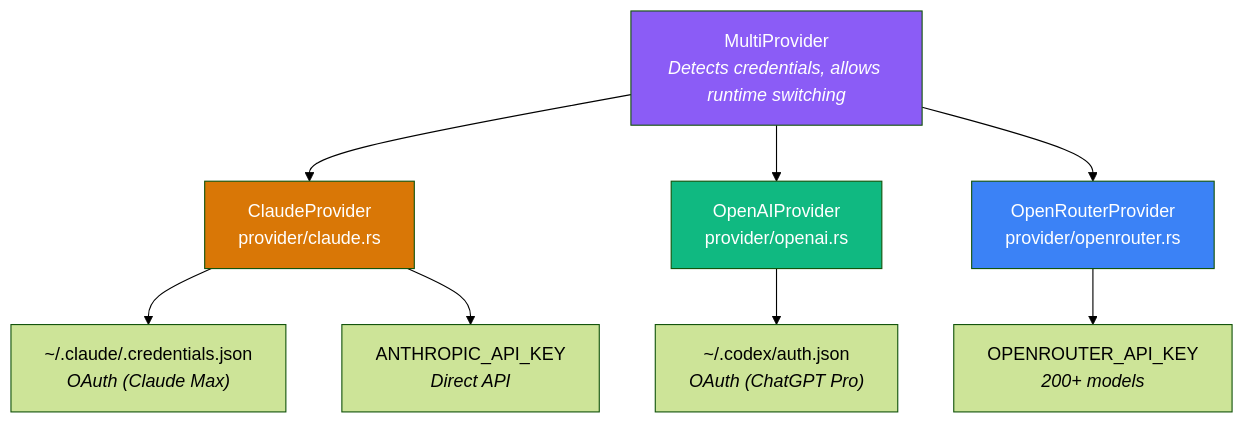
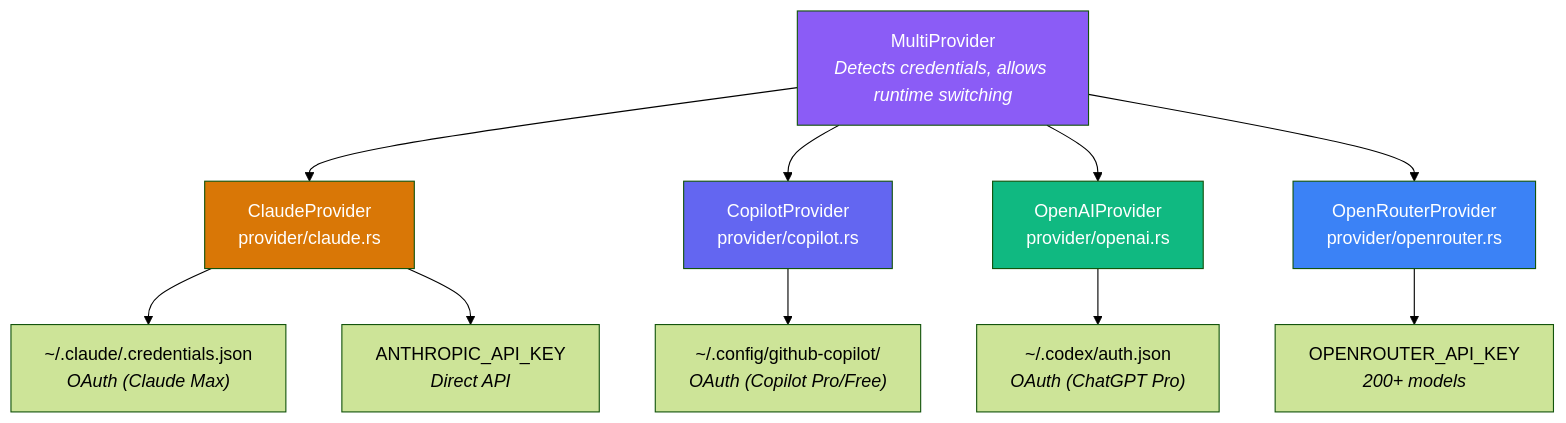
Before and after one commit to zipadoodlez/kcode: the second of 12 diagrams in README.md, drawn with Mermaid (forest theme). The commit also changed other lines of this file, not shown here.

First line of the commit message:
Add GitHub Copilot as provider in README

````diff
--- a/README.md
+++ b/README.md
@@ -240,18 +242,21 @@
 ```mermaid
 graph TB
     MP["MultiProvider<br><i>Detects credentials, allows runtime switching</i>"]
 
     MP --> Claude["ClaudeProvider<br>provider/claude.rs"]
+    MP --> Copilot["CopilotProvider<br>provider/copilot.rs"]
     MP --> OpenAI["OpenAIProvider<br>provider/openai.rs"]
     MP --> OR["OpenRouterProvider<br>provider/openrouter.rs"]
 
     Claude --> ClaudeCreds["~/.claude/.credentials.json<br><i>OAuth (Claude Max)</i>"]
     Claude --> APIKey["ANTHROPIC_API_KEY<br><i>Direct API</i>"]
+    Copilot --> GHCreds["~/.config/github-copilot/<br><i>OAuth (Copilot Pro/Free)</i>"]
     OpenAI --> CodexCreds["~/.codex/auth.json<br><i>OAuth (ChatGPT Pro)</i>"]
     OR --> ORKey["OPENROUTER_API_KEY<br><i>200+ models</i>"]
 
     style MP fill:#8b5cf6,color:#fff
     style Claude fill:#d97706,color:#fff
+    style Copilot fill:#6366f1,color:#fff
     style OpenAI fill:#10b981,color:#fff
     style OR fill:#3b82f6,color:#fff
 ```
````
